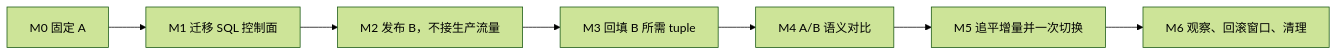
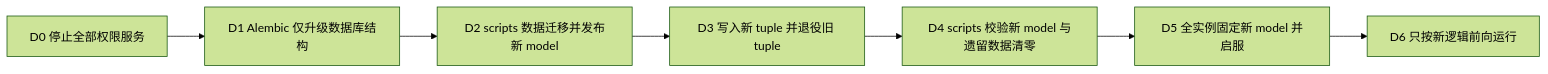
The fourth of 4 diagrams in features/v3.0.0-beta1/048-rebac-permission-model-grants/product-authorization-model-and-migration-guide.md (dataelement/bisheng), drawn with Mermaid (forest theme) before and after one commit. The commit also changed other lines of this file and 492 other files, not shown here.

````diff
--- a/features/v3.0.0-beta1/048-rebac-permission-model-grants/product-authorization-model-and-migration-guide.md
+++ b/features/v3.0.0-beta1/048-rebac-permission-model-grants/product-authorization-model-and-migration-guide.md
@@ -667,9 +773,9 @@
 ```mermaid
 flowchart LR
-    M0["M0 固定 A"] --> M1["M1 迁移 SQL 控制面"]
-    M1 --> M2["M2 发布 B，不接生产流量"]
-    M2 --> M3["M3 回填 B 所需 tuple"]
-    M3 --> M4["M4 A/B 语义对比"]
-    M4 --> M5["M5 追平增量并一次切换"]
-    M5 --> M6["M6 观察、回滚窗口、清理"]
+    D0["D0 停止全部权限服务"] --> D1["D1 Alembic 仅升级数据库结构"]
+    D1 --> D2["D2 scripts 数据迁移并发布新 model"]
+    D2 --> D3["D3 写入新 tuple 并退役旧 tuple"]
+    D3 --> D4["D4 scripts 校验新 model 与遗留数据清零"]
+    D4 --> D5["D5 全实例固定新 model 并启服"]
+    D5 --> D6["D6 只按新逻辑前向运行"]
 ```
````
